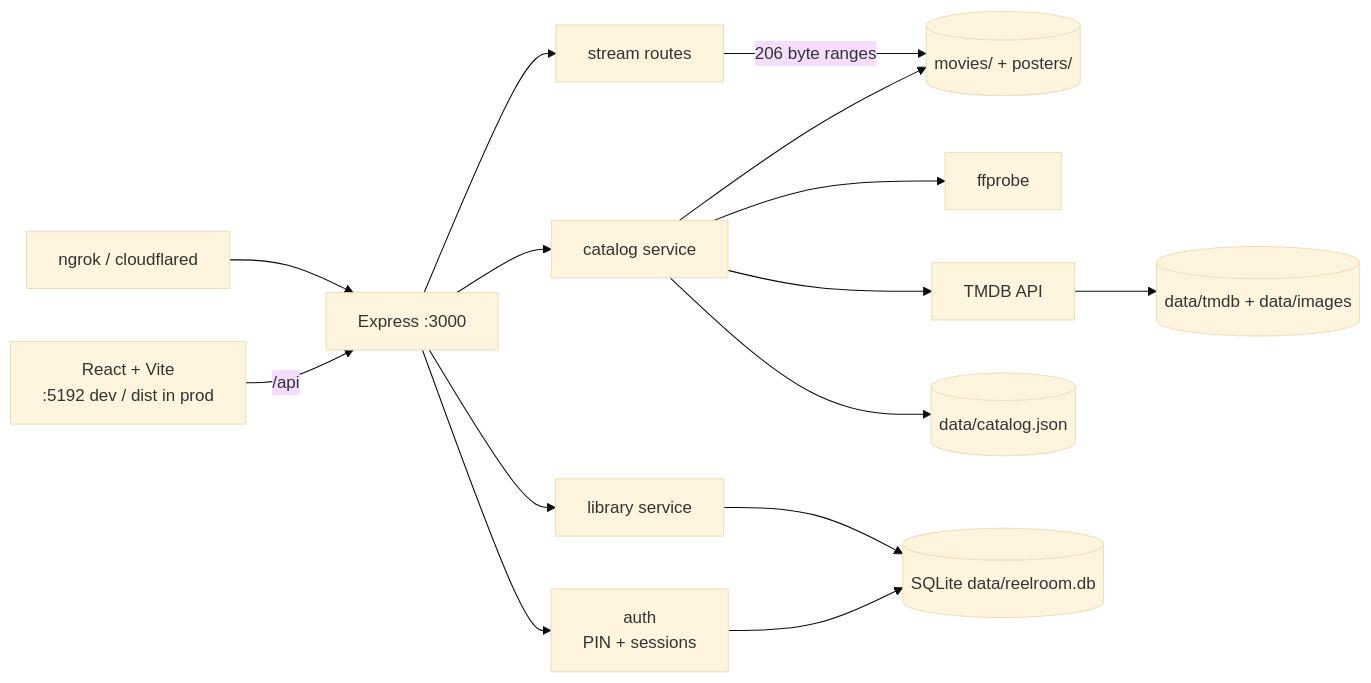
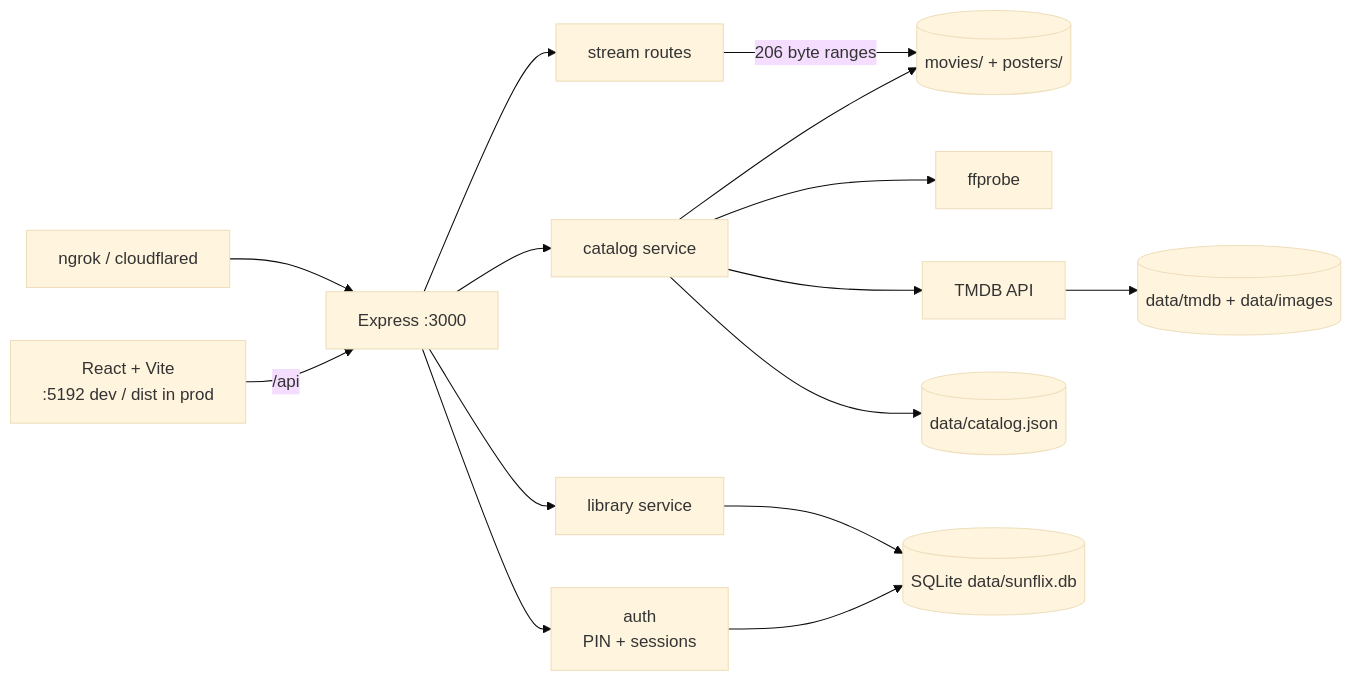
The diagram in CLAUDE.md (sany2k8/reelroom-movie-app), drawn with Mermaid (base theme) before and after one commit. The commit also changed other lines of this file and 21 other files, not shown here.

````diff
--- a/CLAUDE.md
+++ b/CLAUDE.md
@@ -25,21 +25,21 @@
 ```mermaid
 flowchart LR
     UI[React + Vite<br/>:5192 dev / dist in prod] -->|/api| API[Express :3000]
 
     API --> AUTH[auth<br/>PIN + sessions]
     API --> CAT[catalog service]
     API --> LIB[library service]
     API --> STR[stream routes]
 
     CAT --> FS[(movies/ + posters/)]
     CAT --> PROBE[ffprobe]
     CAT --> TMDB[TMDB API]
     TMDB --> CACHE[(data/tmdb + data/images)]
     CAT --> SNAP[(data/catalog.json)]
 
-    AUTH --> DB[(SQLite data/reelroom.db)]
+    AUTH --> DB[(SQLite data/sunflix.db)]
     LIB --> DB
     STR -->|206 byte ranges| FS
 
     TUNNEL[ngrok / cloudflared] --> API
 ```
````
